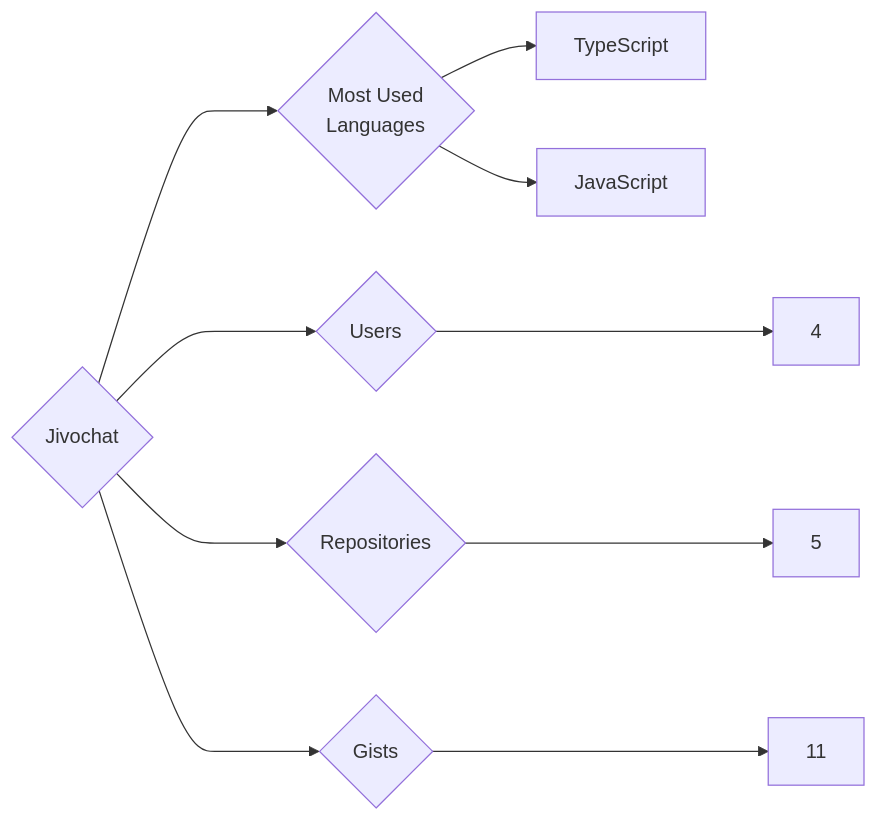
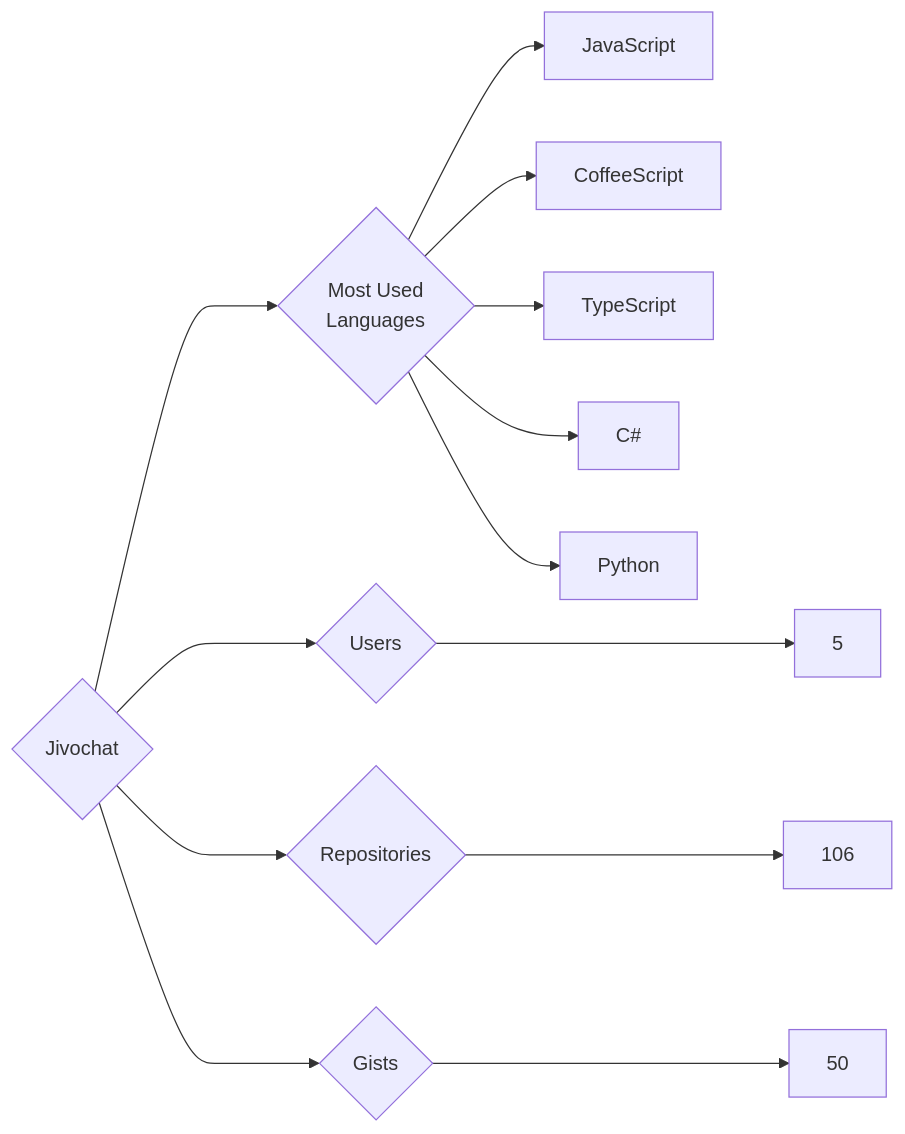
The diagram in targets/Jivochat/README.md (trickest/insiders), drawn with Mermaid before and after one commit. The commit also changed 1248 other files, not shown here.

````diff
--- a/targets/Jivochat/README.md
+++ b/targets/Jivochat/README.md
@@ -3,10 +3,13 @@
 ```mermaid
 graph LR
 COMPANY_NAME{Jivochat}
-COMPANY_NAME ---> U{Users} ---> UN[4]
-COMPANY_NAME ---> R{Repositories} ---> RN[5]
-COMPANY_NAME ---> G{Gists} ---> GN[11]
+COMPANY_NAME ---> U{Users} ---> UN[5]
+COMPANY_NAME ---> R{Repositories} ---> RN[106]
+COMPANY_NAME ---> G{Gists} ---> GN[50]
 COMPANY_NAME ---> ML{Most Used<br>Languages}
+ML --> JavaScript[JavaScript]
+ML --> CoffeeScript[CoffeeScript]
 ML --> TypeScript[TypeScript]
-ML --> JavaScript[JavaScript]
+ML --> C#[C#]
+ML --> Python[Python]
 ```
````
